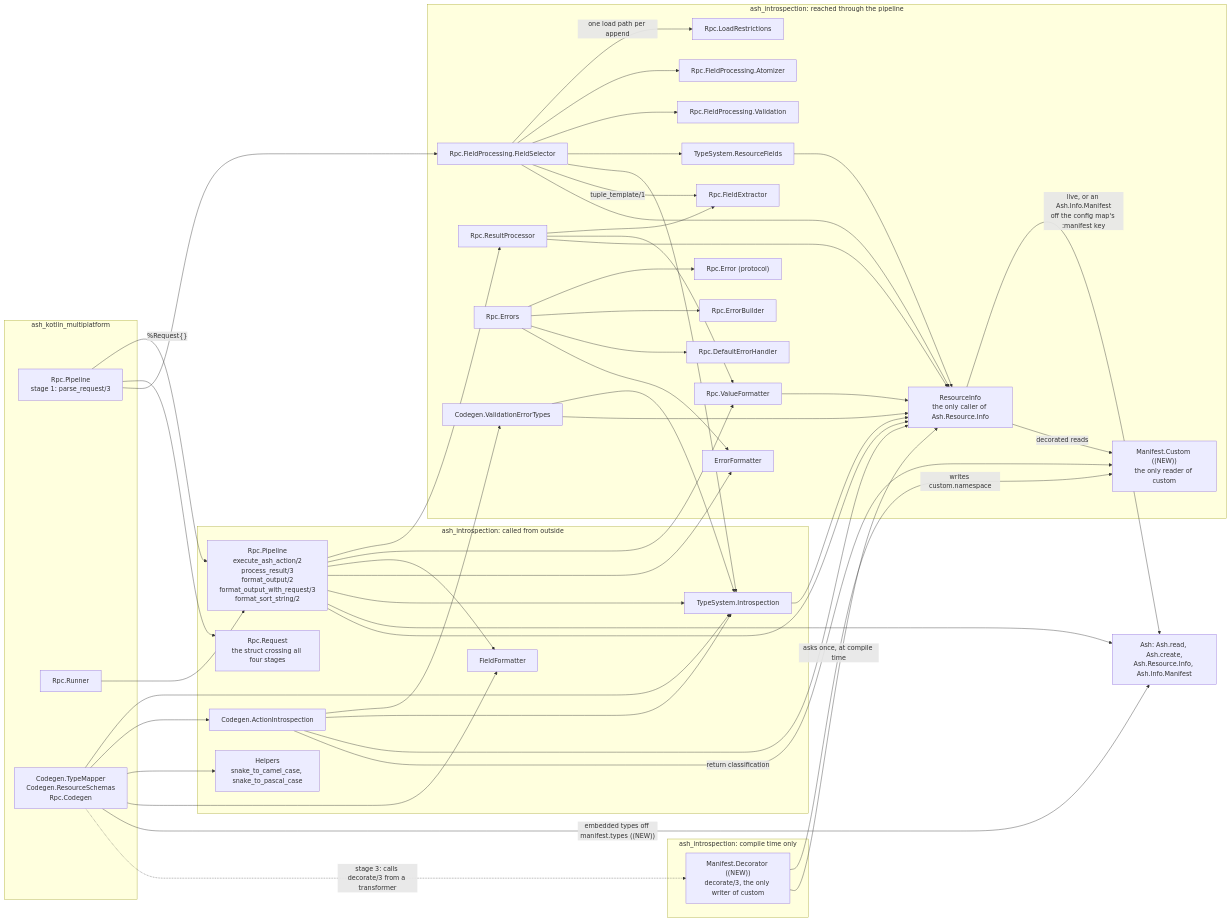
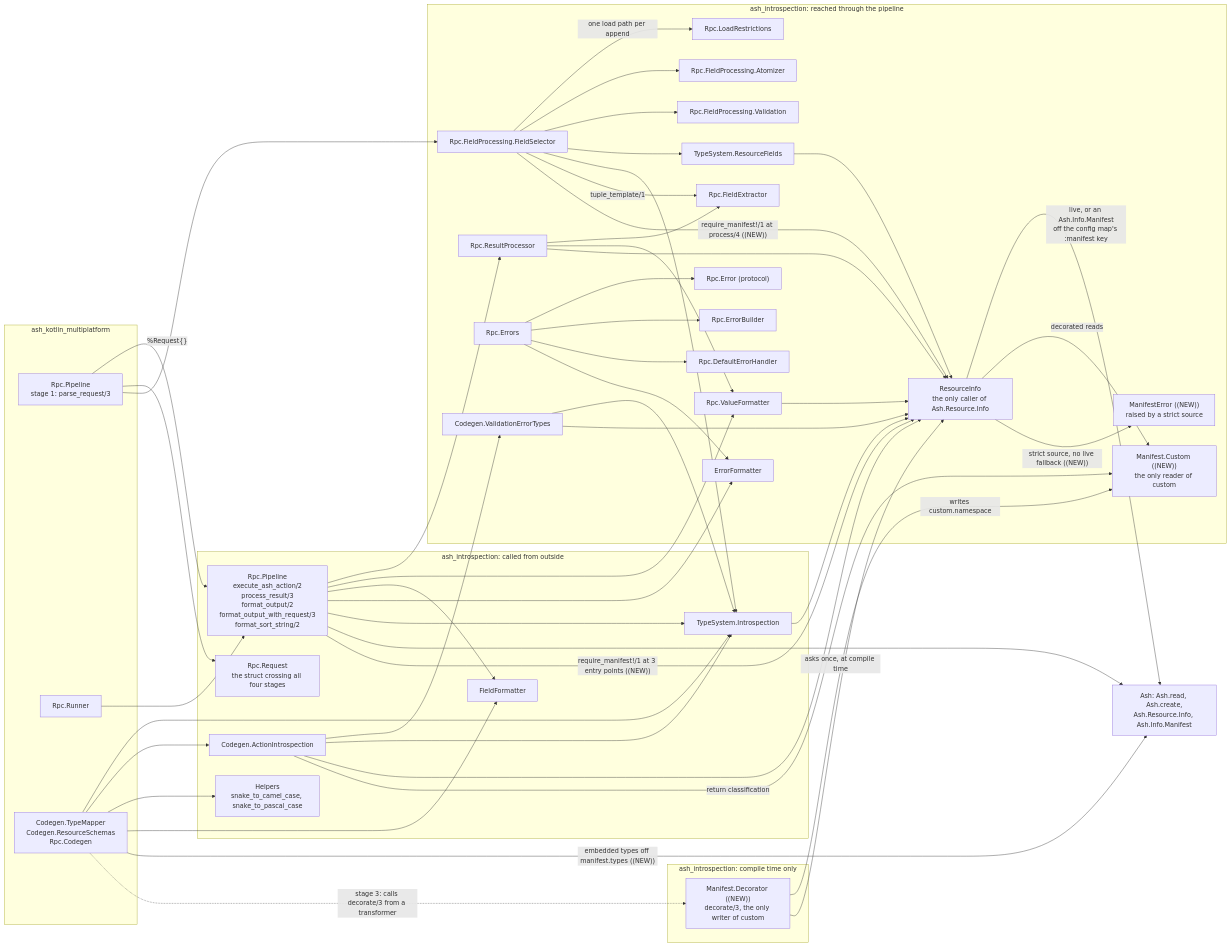
The third of 5 diagrams in docs/architecture.md (udin-io/ash_introspection), drawn with Mermaid before and after one commit. The commit also changed other lines of this file and 20 other files, not shown here.

```diff
--- a/docs/architecture.md
+++ b/docs/architecture.md
@@ -124,6 +124,7 @@
         rfields["TypeSystem.ResourceFields"]
         vet["Codegen.ValidationErrorTypes"]
         mcustom["Manifest.Custom ((NEW))<br/>the only reader of custom"]
+        merr["ManifestError ((NEW))<br/>raised by a strict source"]
     end
 
     subgraph compile["ash_introspection: compile time only"]
@@ -164,8 +165,8 @@
     actint --> vet
     actint --> tsi
 
-    pipeline --> rinfo
-    fsel --> rinfo
+    pipeline -->|"require_manifest!/1 at 3 entry points ((NEW))"| rinfo
+    fsel -->|"require_manifest!/1 at process/4 ((NEW))"| rinfo
     rproc --> rinfo
     vfmt --> rinfo
     rfields --> rinfo
@@ -174,6 +175,7 @@
     vet --> rinfo
     rinfo -->|"live, or an Ash.Info.Manifest<br/>off the config map's :manifest key"| ash
     rinfo -->|"decorated reads"| mcustom
+    rinfo -->|"strict source, no live fallback ((NEW))"| merr
     actint -->|"return classification"| mcustom
     mdec -->|"writes custom.namespace"| mcustom
     mdec -->|"asks once, at compile time"| rinfo
```
